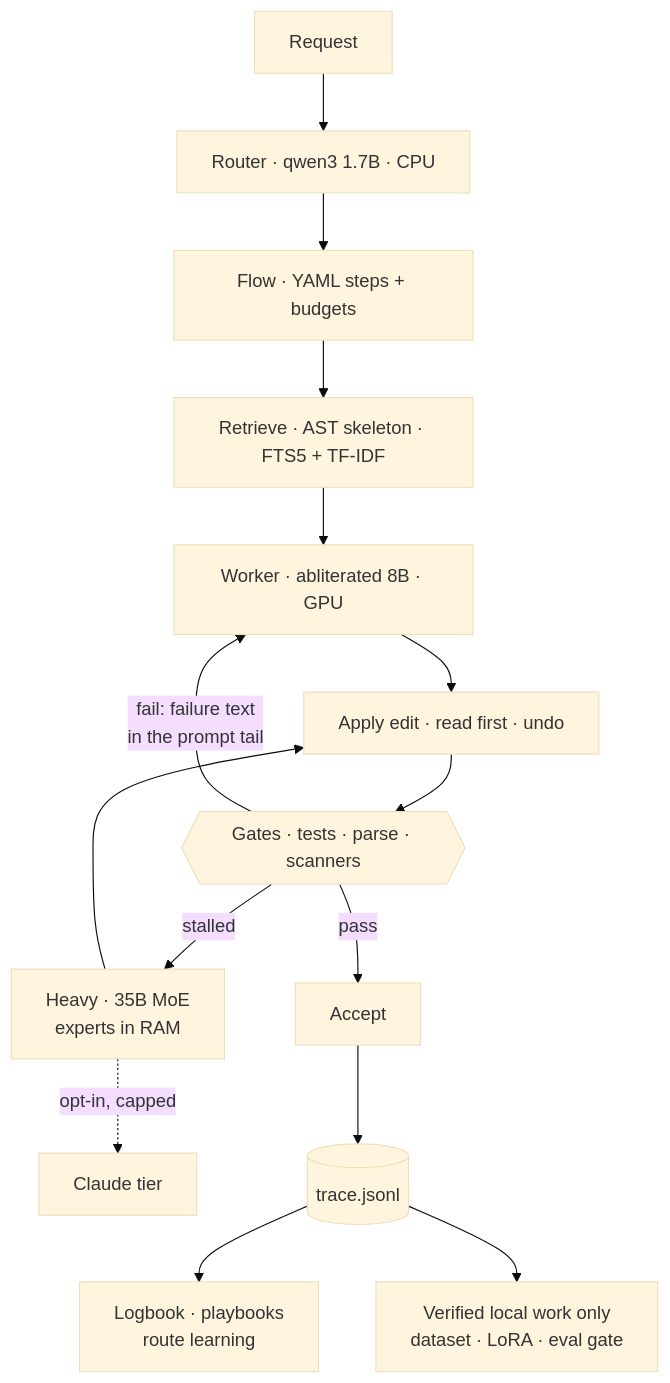
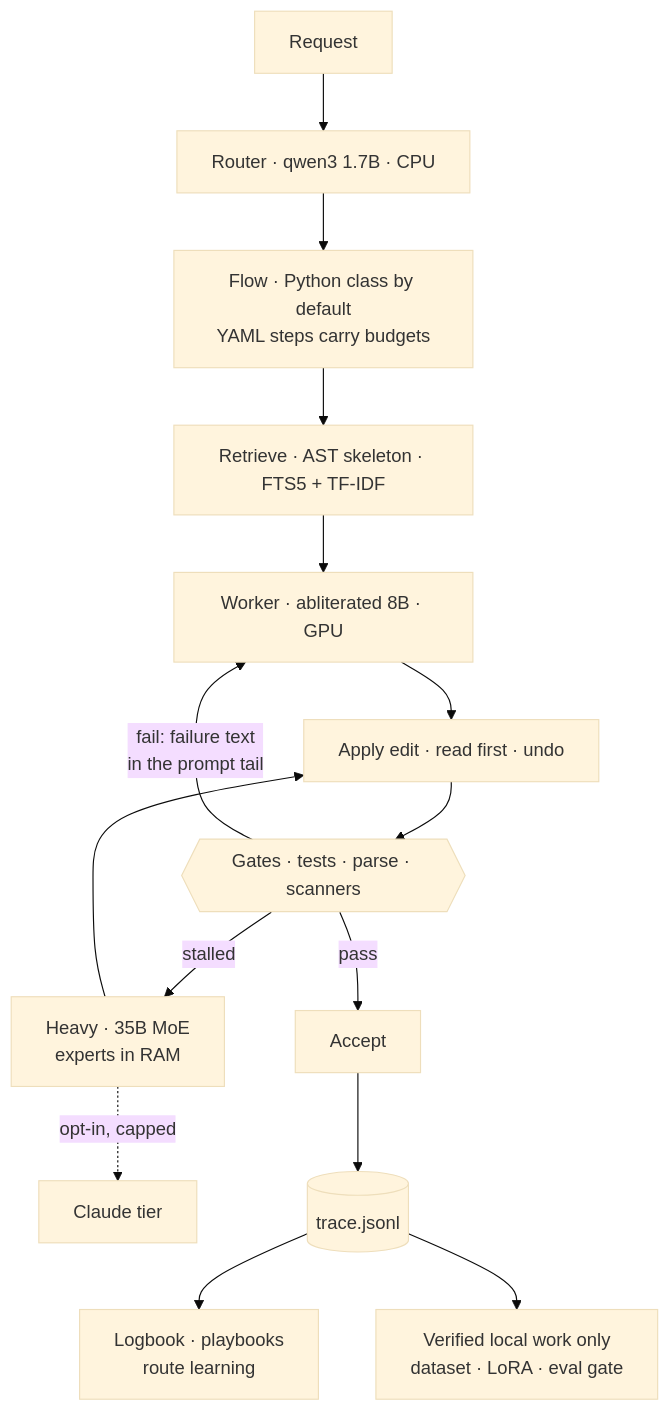
Before and after one commit to alexivieni/Local-Architect: the first of 3 diagrams in README.md, drawn with Mermaid (base theme). The commit also changed other lines of this file and 19 other files, not shown here.

First line of the commit message:
Reviewed and fixed: interface wiring, per-run provenance, cost on workflow cards, placement for chores, architecture docs, academic README

````diff
--- a/README.md
+++ b/README.md
@@ -22,17 +30,17 @@
 ```mermaid
 flowchart TB
   U["Request"] --> R["Router · qwen3 1.7B · CPU"]
-  R --> F["Flow · YAML steps + budgets"]
+  R --> F["Flow · Python class by default<br/>YAML steps carry budgets"]
   F --> X["Retrieve · AST skeleton · FTS5 + TF-IDF"]
   X --> W["Worker · abliterated 8B · GPU"]
   W --> A["Apply edit · read first · undo"]
   A --> G{{"Gates · tests · parse · scanners"}}
   G -- "fail: failure text<br/>in the prompt tail" --> W
   G -- "stalled" --> H["Heavy · 35B MoE<br/>experts in RAM"]
   H --> A
   H -. "opt-in, capped" .-> CL["Claude tier"]
   G -- "pass" --> V["Accept"]
   V --> T[("trace.jsonl")]
   T --> LB["Logbook · playbooks<br/>route learning"]
   T --> DS["Verified local work only<br/>dataset · LoRA · eval gate"]
 ```
````
